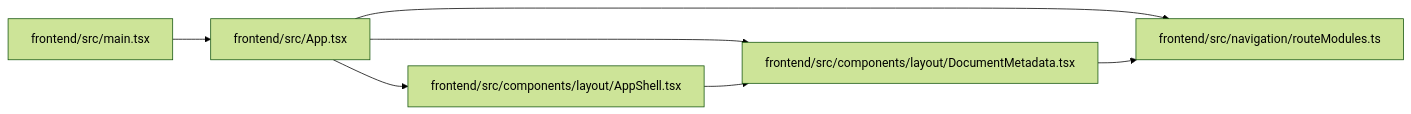
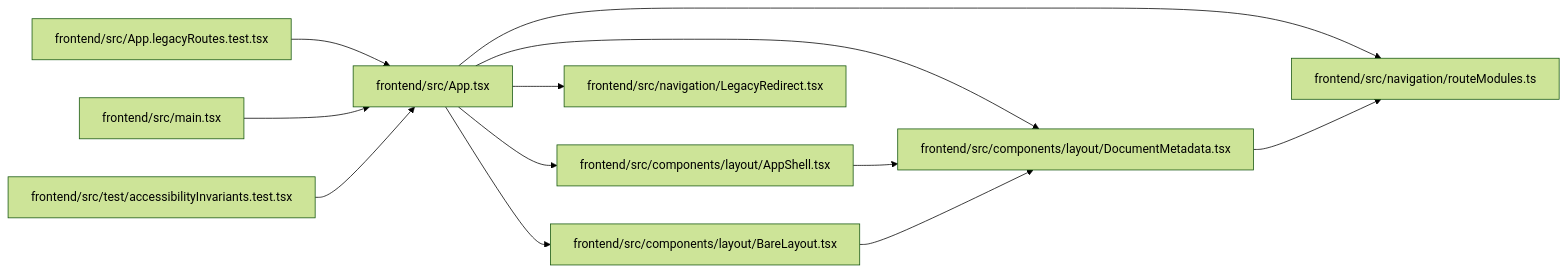
Before and after one commit to Denissvgn/WorkChord: the diagram in docs/llm_wiki/modules/App.md, drawn with Mermaid (forest theme). The commit also changed other lines of this file and 2373 other files, not shown here.

````diff
--- a/docs/llm_wiki/modules/App.md
+++ b/docs/llm_wiki/modules/App.md
@@ -32,19 +34,32 @@
 ```mermaid
 flowchart LR
-    n0["frontend/src/App.tsx"]
-    n1["frontend/src/components/layout/AppShell.tsx"]
-    n2["frontend/src/components/layout/DocumentMetadata.tsx"]
-    n3["frontend/src/main.tsx"]
-    n4["frontend/src/navigation/routeModules.ts"]
+    n0["frontend/src/App.legacyRoutes.test.tsx"]
+    n1["frontend/src/App.tsx"]
+    n2["frontend/src/components/layout/AppShell.tsx"]
+    n3["frontend/src/components/layout/BareLayout.tsx"]
+    n4["frontend/src/components/layout/DocumentMetadata.tsx"]
+    n5["frontend/src/main.tsx"]
+    n6["frontend/src/navigation/LegacyRedirect.tsx"]
+    n7["frontend/src/navigation/routeModules.ts"]
+    n8["frontend/src/test/accessibilityInvariants.test.tsx"]
     n0 --> n1
-    n0 --> n2
-    n0 --> n4
     n1 --> n2
+    n1 --> n3
+    n1 --> n4
+    n1 --> n6
+    n1 --> n7
     n2 --> n4
-    n3 --> n0
-    click n0 "../modules/App.md"
-    click n1 "../modules/AppShell.md"
-    click n2 "../modules/DocumentMetadata.md"
-    click n3 "../modules/src_main.md"
-    click n4 "../modules/routeModules.md"
+    n3 --> n4
+    n4 --> n7
+    n5 --> n1
+    n8 --> n1
+    click n0 "../modules/App.legacyRoutes.test.md"
+    click n1 "../modules/App.md"
+    click n2 "../modules/AppShell.md"
+    click n3 "../modules/BareLayout.md"
+    click n4 "../modules/DocumentMetadata.md"
+    click n5 "../modules/src_main.md"
+    click n6 "../modules/LegacyRedirect.md"
+    click n7 "../modules/routeModules.md"
+    click n8 "../modules/accessibilityInvariants.test.md"
 ```
````
